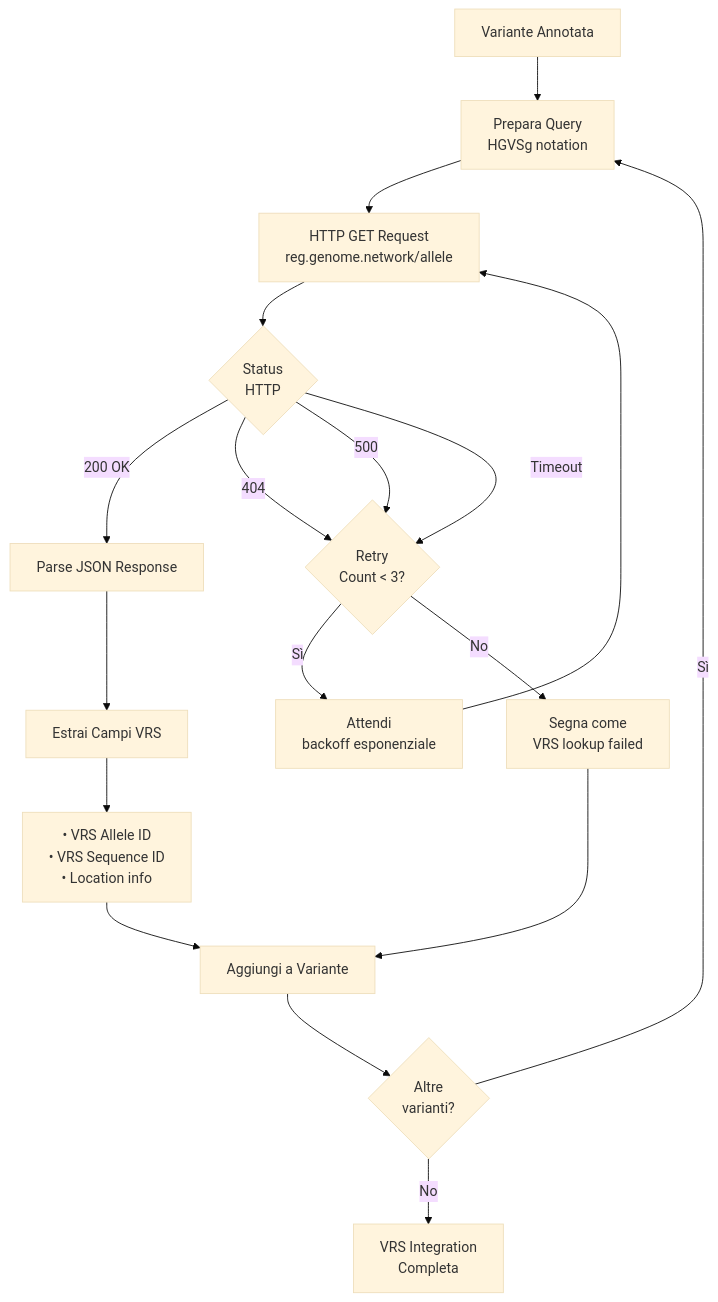
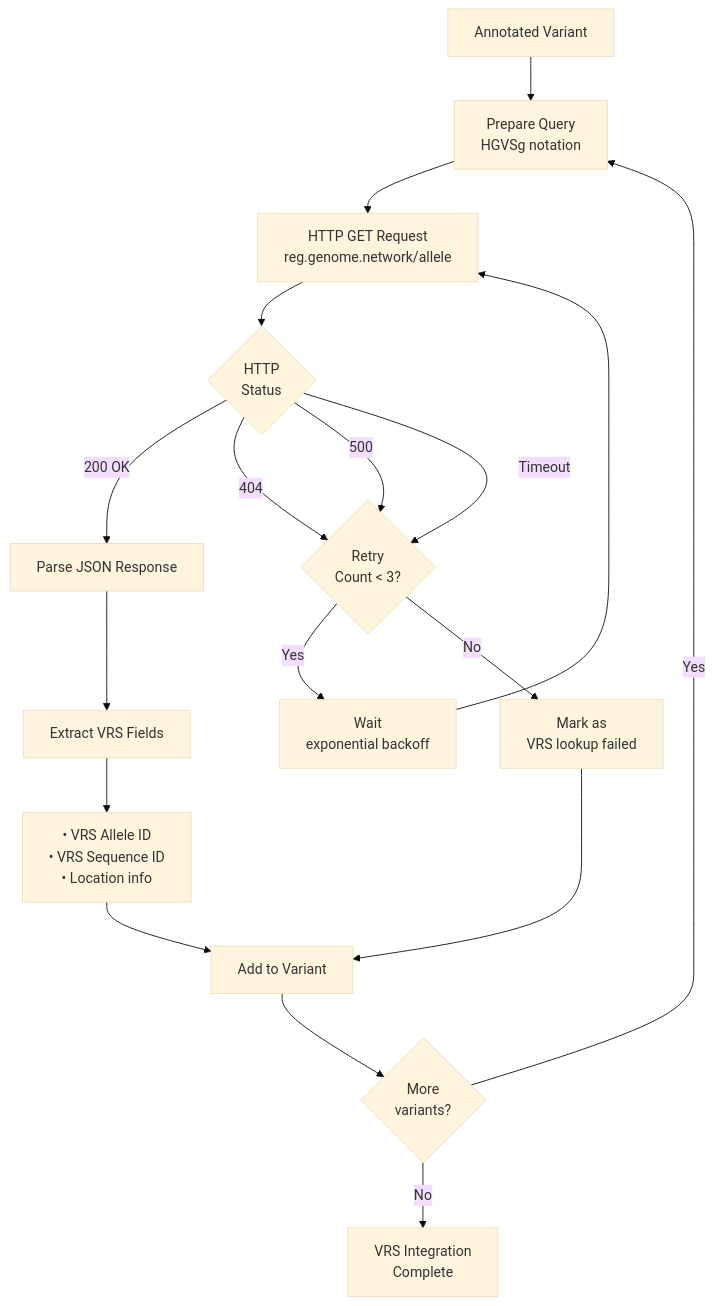
The third of 7 diagrams in FLOW_DIAGRAM.md (gbucci/koios_vrs), drawn with Mermaid (base theme) before and after one commit. The commit also changed other lines of this file and 3 other files, not shown here.

First line of the commit message:
Translate flow diagram to English and rename 'Note' to 'Known'

````diff
--- a/FLOW_DIAGRAM.md
+++ b/FLOW_DIAGRAM.md
@@ -110,30 +110,30 @@
 ```mermaid
 flowchart TD
-    Start[Variante Annotata] --> PrepareQuery[Prepara Query<br/>HGVSg notation]
+    Start[Annotated Variant] --> PrepareQuery[Prepare Query<br/>HGVSg notation]
 
     PrepareQuery --> Query[HTTP GET Request<br/>reg.genome.network/allele]
 
-    Query --> Response{Status<br/>HTTP}
+    Query --> Response{HTTP<br/>Status}
 
     Response -->|200 OK| Parse[Parse JSON Response]
     Response -->|404| Retry{Retry<br/>Count < 3?}
     Response -->|500| Retry
     Response -->|Timeout| Retry
 
-    Retry -->|Sì| Wait[Attendi<br/>backoff esponenziale]
+    Retry -->|Yes| Wait[Wait<br/>exponential backoff]
     Wait --> Query
 
-    Retry -->|No| Failed[Segna come<br/>VRS lookup failed]
+    Retry -->|No| Failed[Mark as<br/>VRS lookup failed]
 
-    Parse --> Extract[Estrai Campi VRS]
+    Parse --> Extract[Extract VRS Fields]
 
     Extract --> Fields[• VRS Allele ID<br/>• VRS Sequence ID<br/>• Location info]
 
-    Fields --> AddToVariant[Aggiungi a Variante]
+    Fields --> AddToVariant[Add to Variant]
     Failed --> AddToVariant
 
-    AddToVariant --> CheckMore{Altre<br/>varianti?}
+    AddToVariant --> CheckMore{More<br/>variants?}
 
-    CheckMore -->|Sì| PrepareQuery
-    CheckMore -->|No| Complete[VRS Integration<br/>Completa]
+    CheckMore -->|Yes| PrepareQuery
+    CheckMore -->|No| Complete[VRS Integration<br/>Complete]
 ```
````
